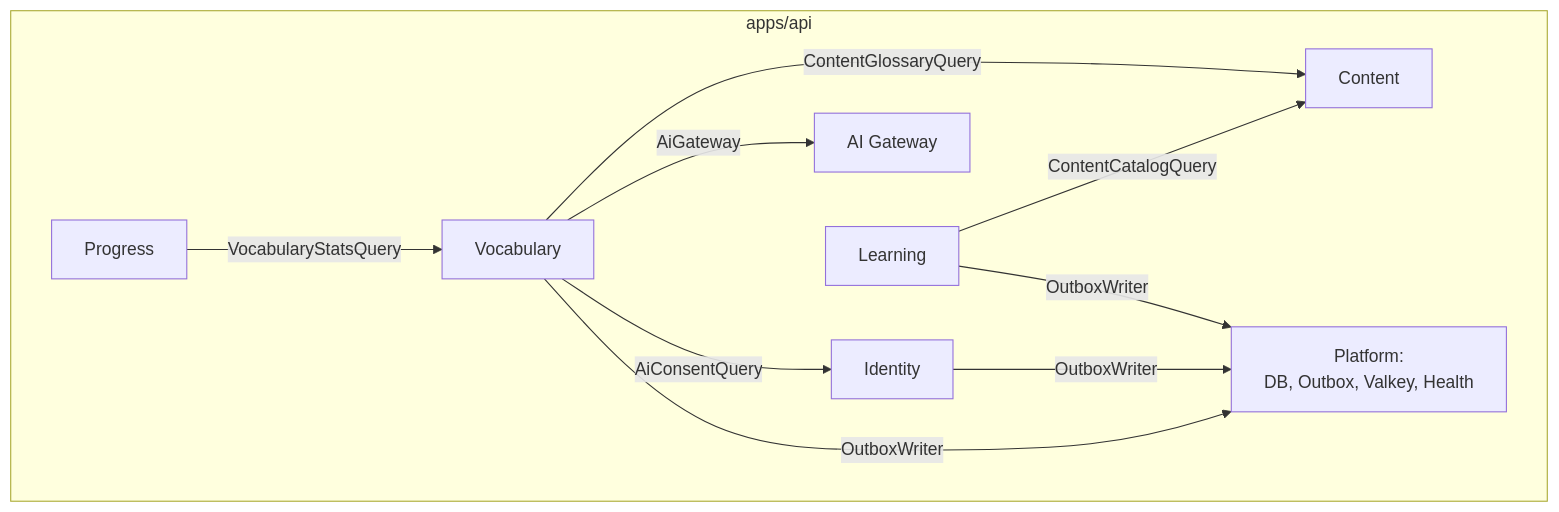
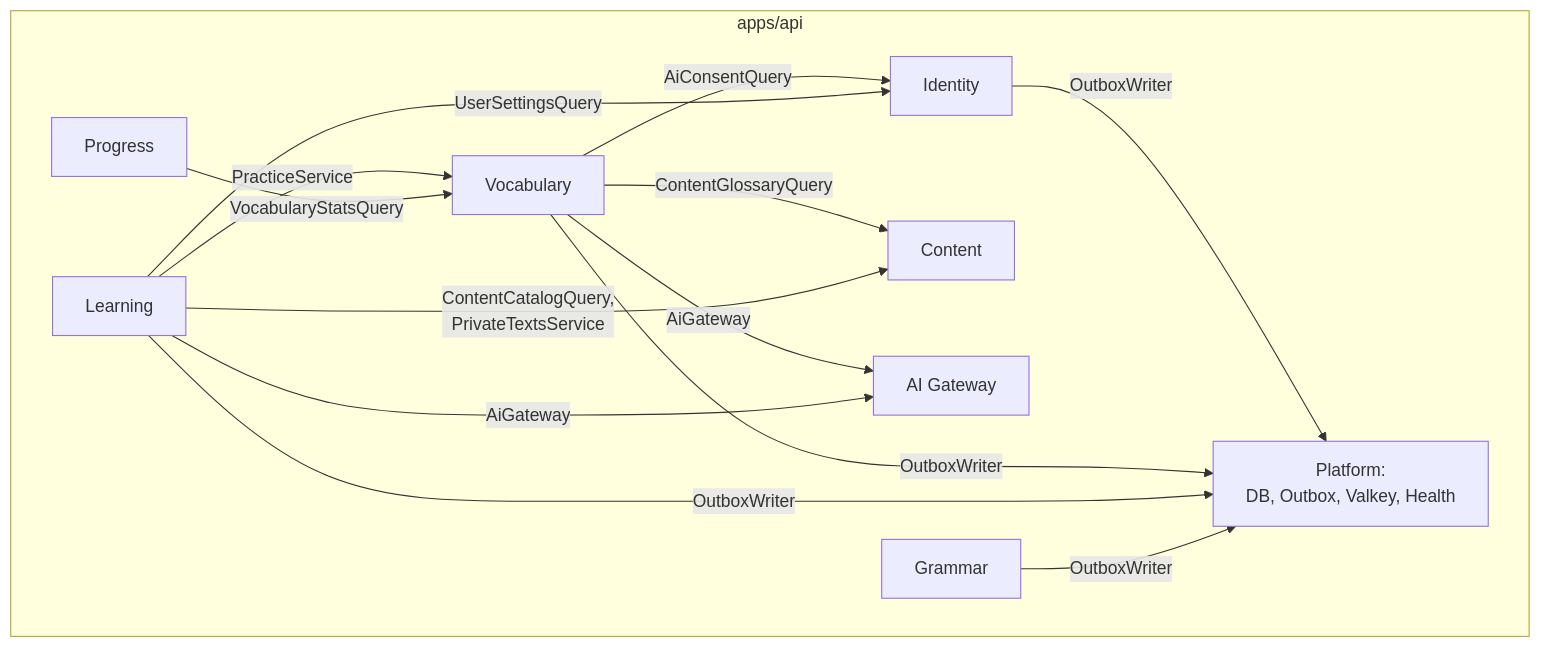
Before and after one commit to sen4ch/LingoUp: the second of 6 diagrams in ARCHITECTURE.md, drawn with Mermaid. The commit also changed other lines of this file and 114 other files, not shown here.

First line of the commit message:
feat: add grammar lessons, AI texts from the learner's words and word practice

````diff
--- a/ARCHITECTURE.md
+++ b/ARCHITECTURE.md
@@ -61,18 +61,22 @@
 ```mermaid
 flowchart TB
     subgraph api[apps/api]
         identity[Identity]
         content[Content]
         vocabulary[Vocabulary]
         learning[Learning]
+        grammar[Grammar]
         progress[Progress]
         aigw[AI Gateway]
         platformm[Platform:<br/>DB, Outbox, Valkey, Health]
     end
     vocabulary -->|ContentGlossaryQuery| content
     vocabulary -->|AiGateway| aigw
     vocabulary -->|AiConsentQuery| identity
-    learning -->|ContentCatalogQuery| content
+    learning -->|ContentCatalogQuery,<br/>PrivateTextsService| content
+    learning -->|PracticeService| vocabulary
+    learning -->|UserSettingsQuery| identity
+    learning -->|AiGateway| aigw
     progress -->|VocabularyStatsQuery| vocabulary
-    identity & vocabulary & learning -->|OutboxWriter| platformm
+    identity & vocabulary & learning & grammar -->|OutboxWriter| platformm
 ```
````
